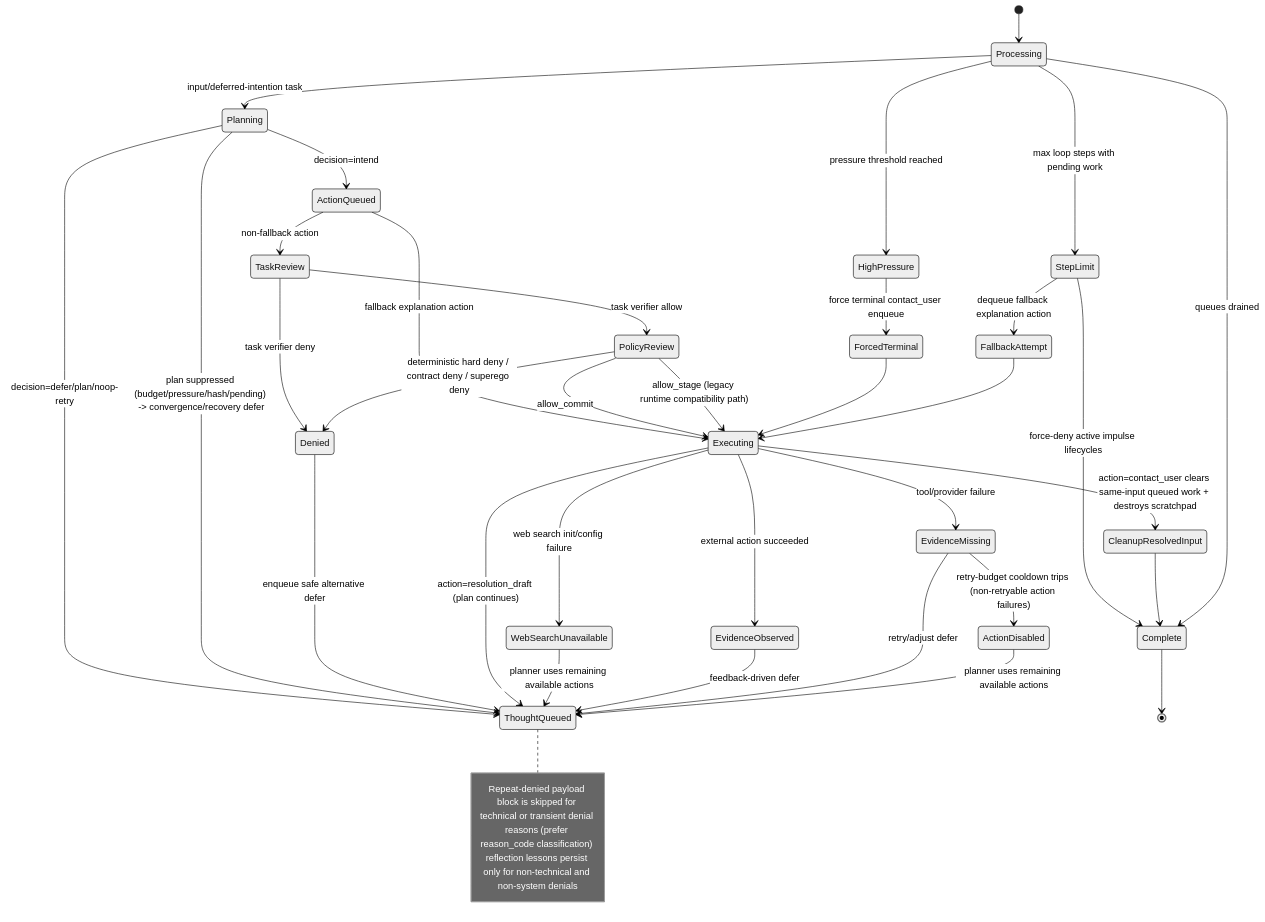
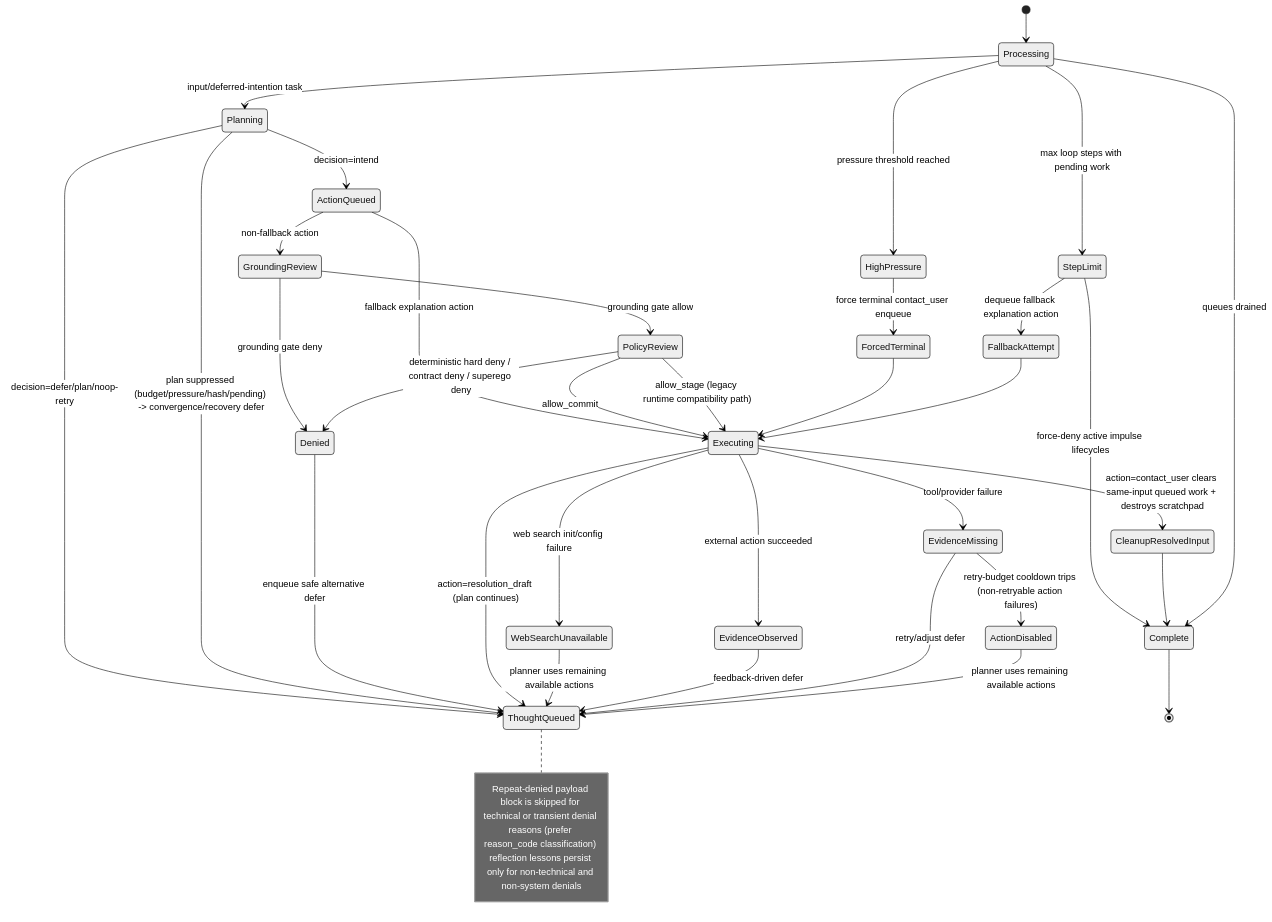
The sixth of 8 diagrams in AGENT_LOGIC_DIAGRAM.md (neopsyke/NeoPsyke), drawn with Mermaid (neutral theme) before and after one commit. The commit also changed other lines of this file and 49 other files, not shown here.

````diff
--- a/AGENT_LOGIC_DIAGRAM.md
+++ b/AGENT_LOGIC_DIAGRAM.md
@@ -423,44 +423,44 @@
 ```mermaid
 stateDiagram-v2
     [*] --> Processing
 
     Processing --> Planning: input/deferred-intention task
     Planning --> ActionQueued: decision=intend
     Planning --> ThoughtQueued: decision=defer/plan/noop-retry
     Planning --> ThoughtQueued: plan suppressed (budget/pressure/hash/pending) -> convergence/recovery defer
 
-    ActionQueued --> TaskReview: non-fallback action
+    ActionQueued --> GroundingReview: non-fallback action
     ActionQueued --> Executing: fallback explanation action
-    TaskReview --> Denied: task verifier deny
+    GroundingReview --> Denied: grounding gate deny
 
-    TaskReview --> PolicyReview: task verifier allow
+    GroundingReview --> PolicyReview: grounding gate allow
     PolicyReview --> Denied: deterministic hard deny / contract deny / superego deny
     Denied --> ThoughtQueued: enqueue safe alternative defer
     Note right of ThoughtQueued: Repeat-denied payload block is skipped for technical or transient denial reasons (prefer reason_code classification) reflection lessons persist only for non-technical and non-system denials
 
     PolicyReview --> Executing: allow_commit
     PolicyReview --> Executing: allow_stage (legacy runtime compatibility path)
     Executing --> ThoughtQueued: action=resolution_draft (plan continues)
     Executing --> EvidenceObserved: external action succeeded
     Executing --> EvidenceMissing: tool/provider failure
     Executing --> WebSearchUnavailable: web search init/config failure
     WebSearchUnavailable --> ThoughtQueued: planner uses remaining available actions
     EvidenceObserved --> ThoughtQueued: feedback-driven defer
     EvidenceMissing --> ThoughtQueued: retry/adjust defer
     EvidenceMissing --> ActionDisabled: retry-budget cooldown trips (non-retryable action failures)
     ActionDisabled --> ThoughtQueued: planner uses remaining available actions
 
     Processing --> HighPressure: pressure threshold reached
     HighPressure --> ForcedTerminal: force terminal contact_user enqueue
     ForcedTerminal --> Executing
 
     Processing --> StepLimit: max loop steps with pending work
     StepLimit --> FallbackAttempt: dequeue fallback explanation action
     StepLimit --> Complete: force-deny active impulse lifecycles
     FallbackAttempt --> Executing
 
     Executing --> CleanupResolvedInput: action=contact_user clears same-input queued work + destroys scratchpad
     CleanupResolvedInput --> Complete
     Processing --> Complete: queues drained
     Complete --> [*]
 ```
````
